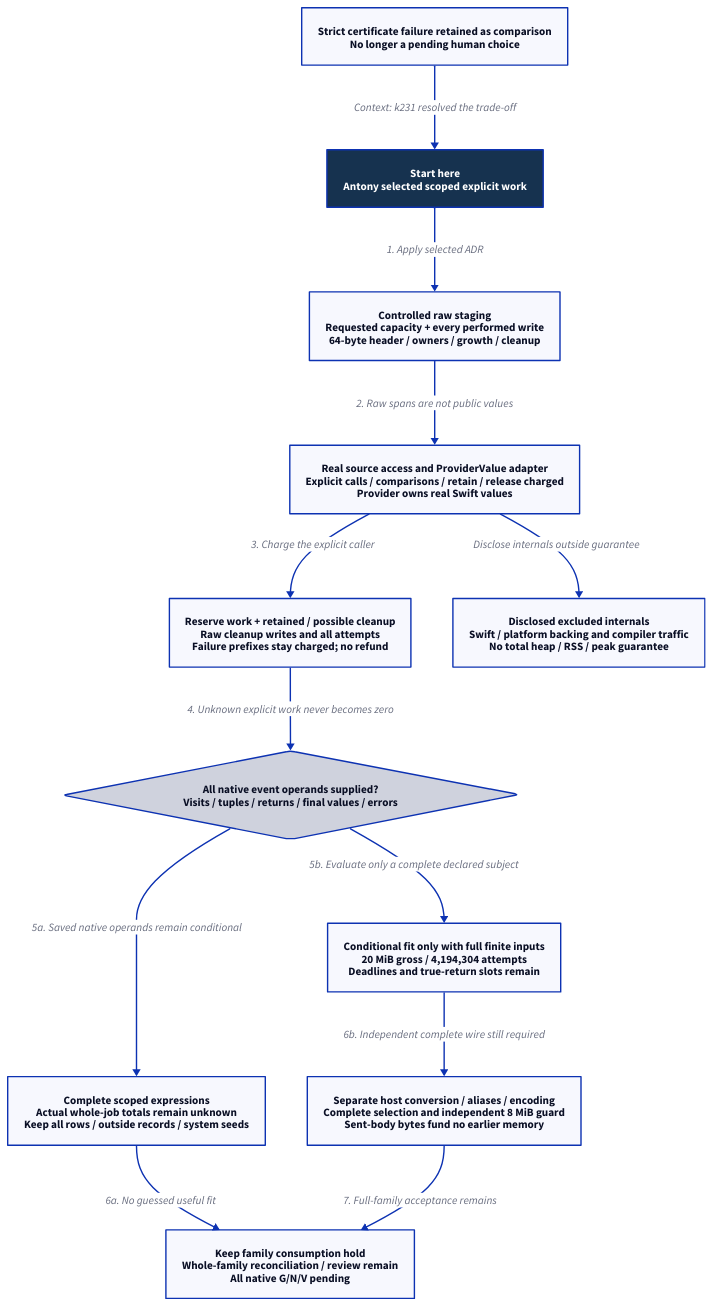
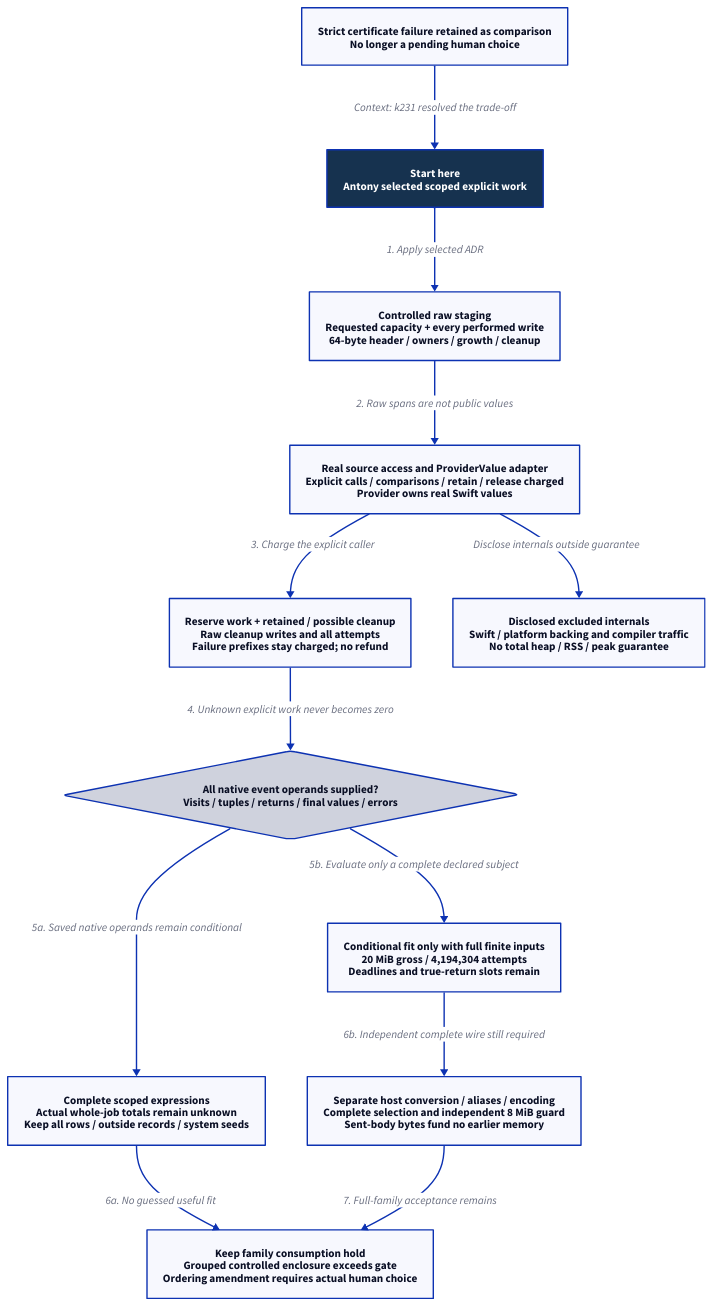
The diagram in docs/design/architecture/native-metadata-runtime-admission.d2 (Linkuistics/Koine), drawn with D2 before and after one commit. The commit also changed 49 other files, not shown here.

```diff
--- a/docs/design/architecture/native-metadata-runtime-admission.d2
+++ b/docs/design/architecture/native-metadata-runtime-admission.d2
@@ -1,27 +1,27 @@
 direction: down
 start: "Start here\nAntony selected scoped explicit work" {
  style.fill: "#16324f"
  style.font-color: white
  style.bold: true
 }
 raw: "Controlled raw staging\nRequested capacity + every performed write\n64-byte header / owners / growth / cleanup"
 calls: "Real source access and ProviderValue adapter\nExplicit calls / comparisons / retain / release charged\nProvider owns real Swift values"
 reserve: "Reserve work + retained / possible cleanup\nRaw cleanup writes and all attempts\nFailure prefixes stay charged; no refund"
 exclude: "Disclosed excluded internals\nSwift / platform backing and compiler traffic\nNo total heap / RSS / peak guarantee"
 inputs: "All native event operands supplied?\nVisits / tuples / returns / final values / errors" { shape: diamond }
 conditional: "Complete scoped expressions\nActual whole-job totals remain unknown\nKeep all rows / outside records / system seeds"
 fit: "Conditional fit only with full finite inputs\n20 MiB gross / 4,194,304 attempts\nDeadlines and true-return slots remain"
 host: "Separate host conversion / aliases / encoding\nComplete selection and independent 8 MiB guard\nSent-body bytes fund no earlier memory"
-hold: "Keep family consumption hold\nWhole-family reconciliation / review remain\nAll native G/N/V pending"
+hold: "Keep family consumption hold\nGrouped controlled enclosure exceeds gate\nOrdering amendment requires actual human choice"
 comparison: "Strict certificate failure retained as comparison\nNo longer a pending human choice"
 start -> raw: "1. Apply selected ADR"
 raw -> calls: "2. Raw spans are not public values"
 calls -> reserve: "3. Charge the explicit caller"
 calls -> exclude: "Disclose internals outside guarantee"
 reserve -> inputs: "4. Unknown explicit work never becomes zero"
 inputs -> conditional: "5a. Saved native operands remain conditional"
 inputs -> fit: "5b. Evaluate only a complete declared subject"
 conditional -> hold: "6a. No guessed useful fit"
 fit -> host: "6b. Independent complete wire still required"
 host -> hold: "7. Full-family acceptance remains"
 comparison -> start: "Context: k231 resolved the trade-off"
```
